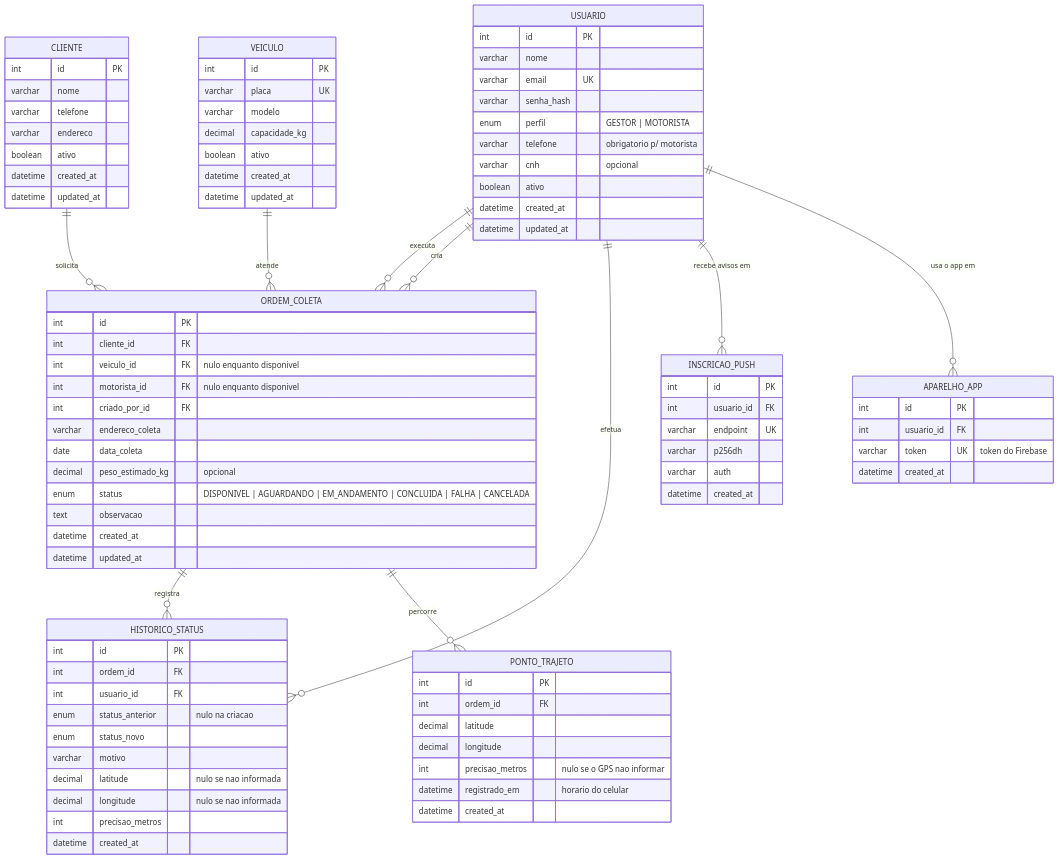
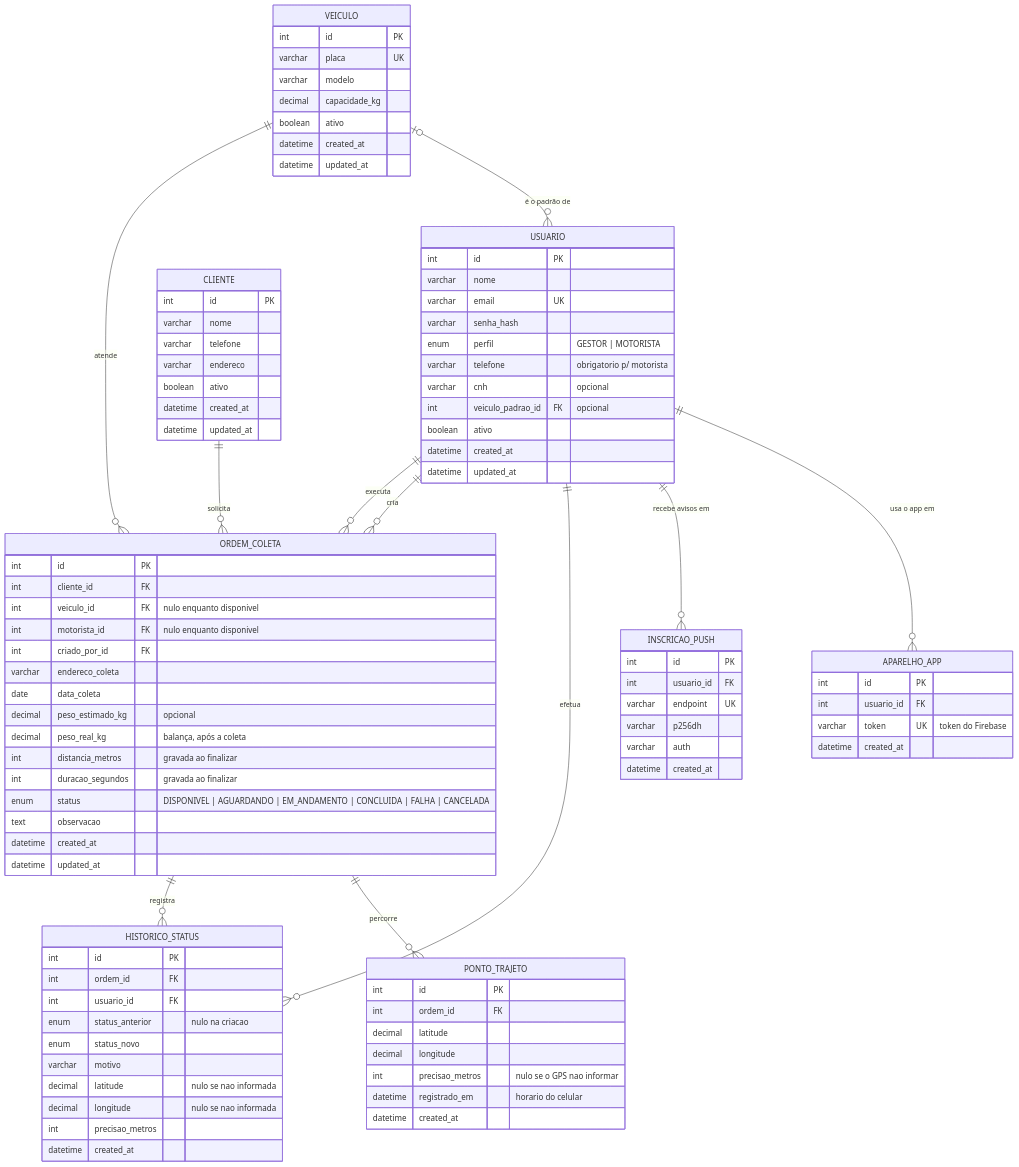
Before and after one commit to guifreiberger/sigcf: the first of 2 diagrams in docs/der.md, drawn with Mermaid. The commit also changed other lines of this file and 4 other files, not shown here.

Commit message:
docs: documenta a edição de ordens, o caminhão padrão, o peso da balança, o dashboard e o relatório

```diff
--- a/docs/der.md
+++ b/docs/der.md
@@ -6,6 +6,7 @@
     USUARIO ||--o{ ORDEM_COLETA : "cria"
     CLIENTE ||--o{ ORDEM_COLETA : "solicita"
     VEICULO ||--o{ ORDEM_COLETA : "atende"
+    VEICULO |o--o{ USUARIO : "é o padrão de"
     ORDEM_COLETA ||--o{ HISTORICO_STATUS : "registra"
     USUARIO ||--o{ HISTORICO_STATUS : "efetua"
     USUARIO ||--o{ INSCRICAO_PUSH : "recebe avisos em"
@@ -20,6 +21,7 @@
         enum perfil "GESTOR | MOTORISTA"
         varchar telefone "obrigatorio p/ motorista"
         varchar cnh "opcional"
+        int veiculo_padrao_id FK "opcional"
         boolean ativo
         datetime created_at
         datetime updated_at
@@ -54,6 +56,9 @@
         varchar endereco_coleta
         date data_coleta
         decimal peso_estimado_kg "opcional"
+        decimal peso_real_kg "balança, após a coleta"
+        int distancia_metros "gravada ao finalizar"
+        int duracao_segundos "gravada ao finalizar"
         enum status "DISPONIVEL | AGUARDANDO | EM_ANDAMENTO | CONCLUIDA | FALHA | CANCELADA"
         text observacao
         datetime created_at
```
